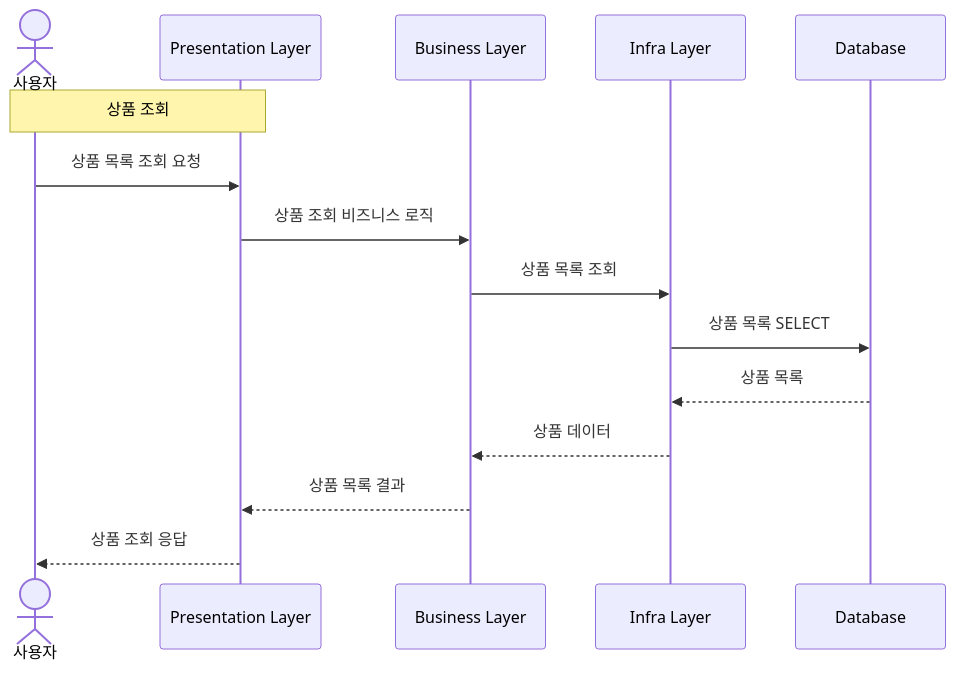
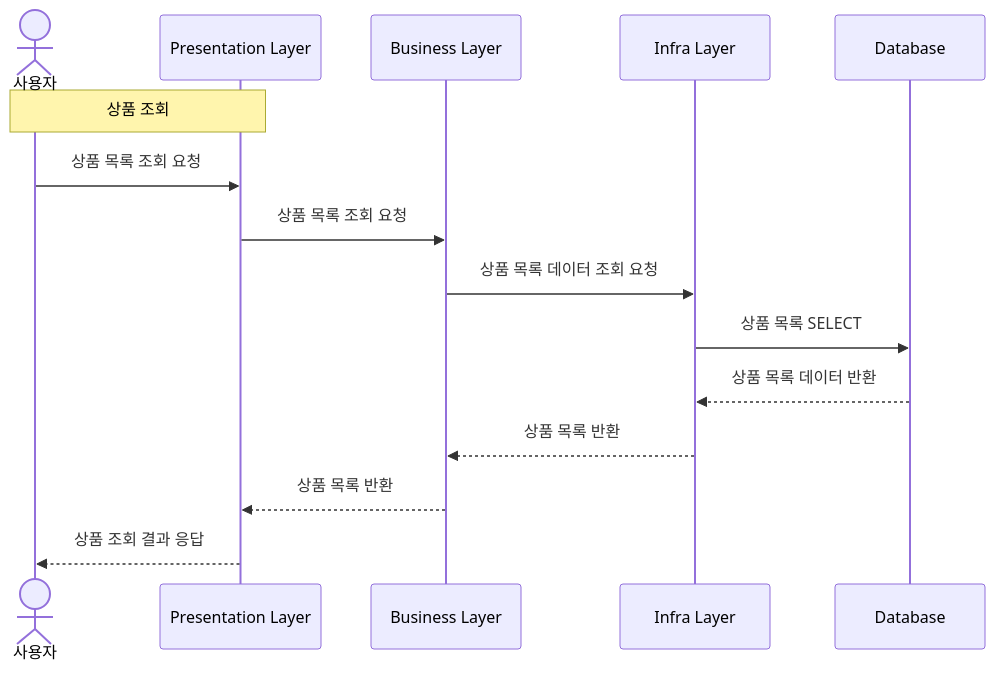
The second of 6 diagrams in README.md (dhgudtmxhs/hhplus-ecommerce), drawn with Mermaid before and after one commit. The commit also changed other lines of this file, not shown here.

````diff
--- a/README.md
+++ b/README.md
@@ -56,18 +56,18 @@
 ```mermaid
 sequenceDiagram
 actor U as 사용자
 participant P as Presentation Layer
 participant B as Business Layer
 participant I as Infra Layer
 participant DB as Database
 
 Note over U,P: 상품 조회
 U->>P: 상품 목록 조회 요청
-P->>B: 상품 조회 비즈니스 로직
-B->>I: 상품 목록 조회
+P->>B: 상품 목록 조회 요청
+B->>I: 상품 목록 데이터 조회 요청
 I->>DB: 상품 목록 SELECT
-DB-->>I: 상품 목록
-I-->>B: 상품 데이터
-B-->>P: 상품 목록 결과
-P-->>U: 상품 조회 응답
+DB-->>I: 상품 목록 데이터 반환
+I-->>B: 상품 목록 반환
+B-->>P: 상품 목록 반환
+P-->>U: 상품 조회 결과 응답
 ```
````
